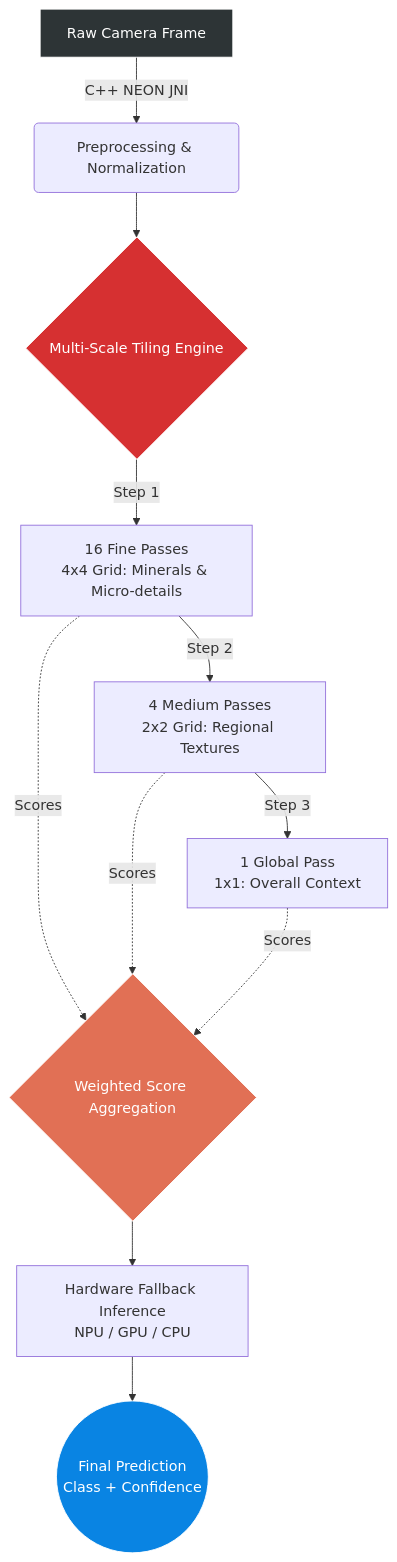
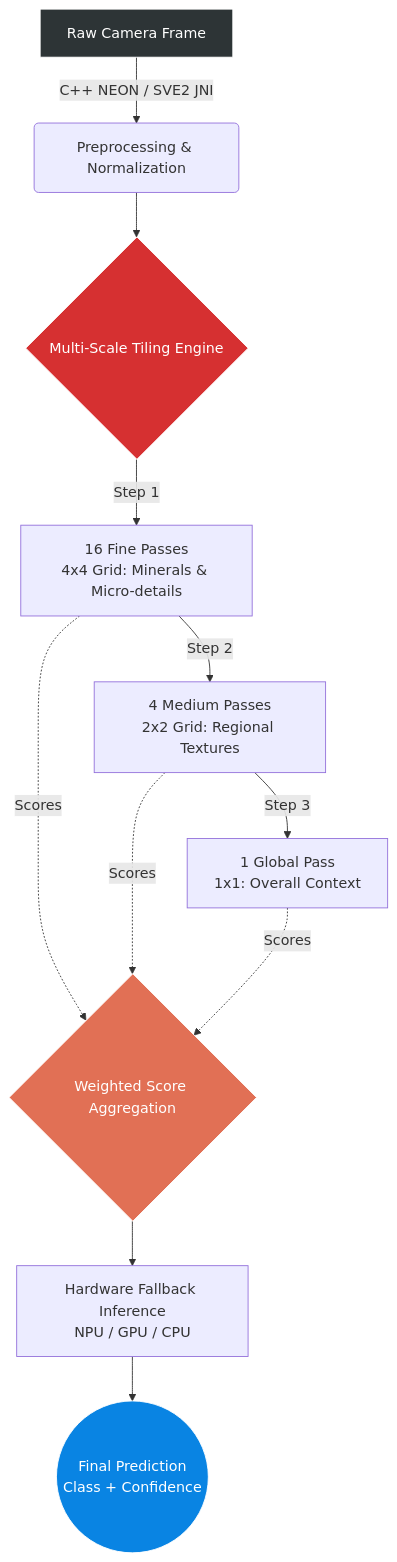
Before and after one commit to GeoStratum/lithotheque-edge-models: the diagram in README.md, drawn with Mermaid. The commit also changed other lines of this file, not shown here.

````diff
--- a/README.md
+++ b/README.md
@@ -87,21 +87,21 @@
 ```mermaid
 graph TD
-    A[Raw Camera Frame] -->|C++ NEON JNI| B(Preprocessing & Normalization)
+    A[Raw Camera Frame] -->|C++ NEON / SVE2 JNI| B(Preprocessing & Normalization)
     B --> C{Multi-Scale Tiling Engine}
     
     C -->|Step 1| F[16 Fine Passes<br>4x4 Grid: Minerals & Micro-details]
     F -->|Step 2| E[4 Medium Passes<br>2x2 Grid: Regional Textures]
     E -->|Step 3| D[1 Global Pass<br>1x1: Overall Context]
     
     F -.->|Scores| G{Weighted Score Aggregation}
     E -.->|Scores| G
     D -.->|Scores| G
     
     G --> H[Hardware Fallback Inference<br>NPU / GPU / CPU]
     H --> I((Final Prediction<br>Class + Confidence))
     
     style A fill:#2d3436,stroke:#fff,color:#fff
     style I fill:#0984e3,stroke:#fff,color:#fff
     style C fill:#d63031,stroke:#fff,color:#fff
     style G fill:#e17055,stroke:#fff,color:#fff
 ```
````
